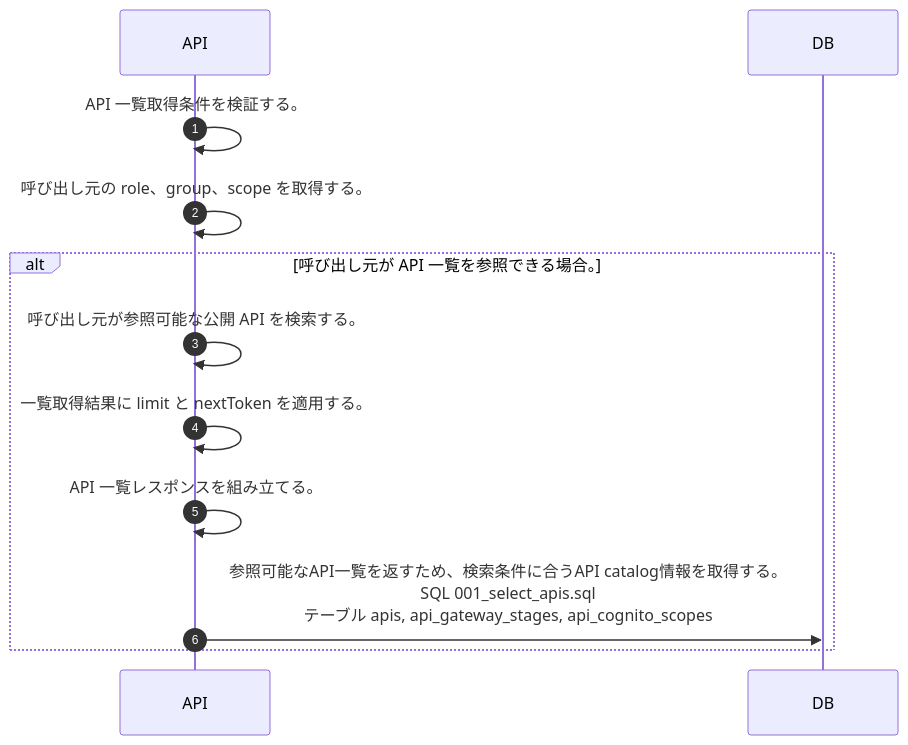
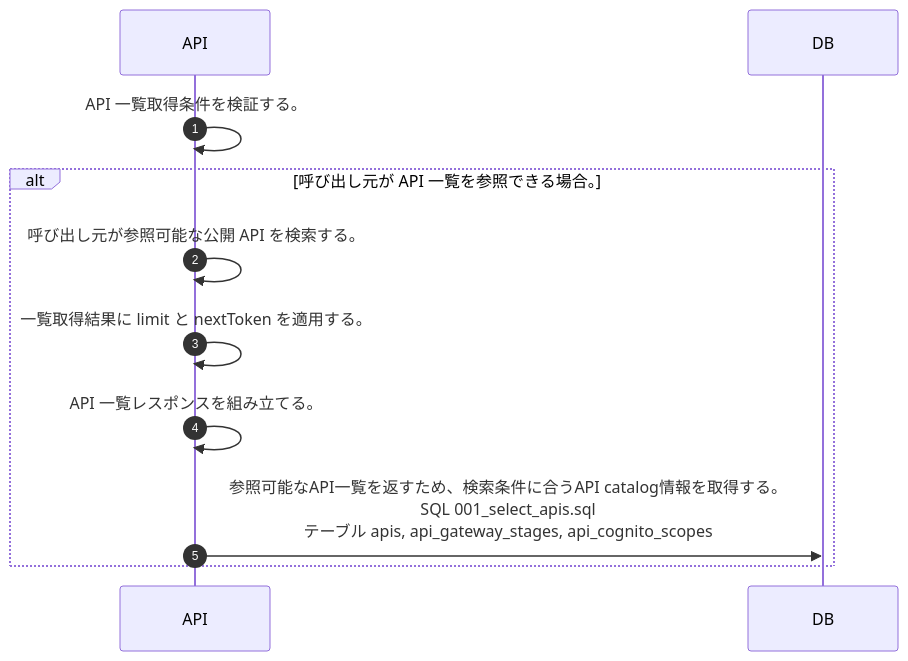
Before and after one commit to tsuji-tomonori/lazunex: the diagram in docs/spec/40.apis/apis/list_apis/sequence_gen.md, drawn with Mermaid. The commit also changed 39 other files, not shown here.

Commit message:
✨ feat(api): sequence functions を実依存へ接続

````diff
--- a/docs/spec/40.apis/apis/list_apis/sequence_gen.md
+++ b/docs/spec/40.apis/apis/list_apis/sequence_gen.md
@@ -5,14 +5,13 @@
 ```mermaid
 sequenceDiagram
   autonumber
   participant API as API
   participant DB as DB
   API->>API: API 一覧取得条件を検証する。
-  API->>API: 呼び出し元の role、group、scope を取得する。
   alt 呼び出し元が API 一覧を参照できる場合。
     API->>API: 呼び出し元が参照可能な公開 API を検索する。
     API->>API: 一覧取得結果に limit と nextToken を適用する。
     API->>API: API 一覧レスポンスを組み立てる。
     API->>DB: 参照可能なAPI一覧を返すため、検索条件に合うAPI catalog情報を取得する。<br/>SQL 001_select_apis.sql<br/>テーブル apis, api_gateway_stages, api_cognito_scopes
   end
 ```
````
